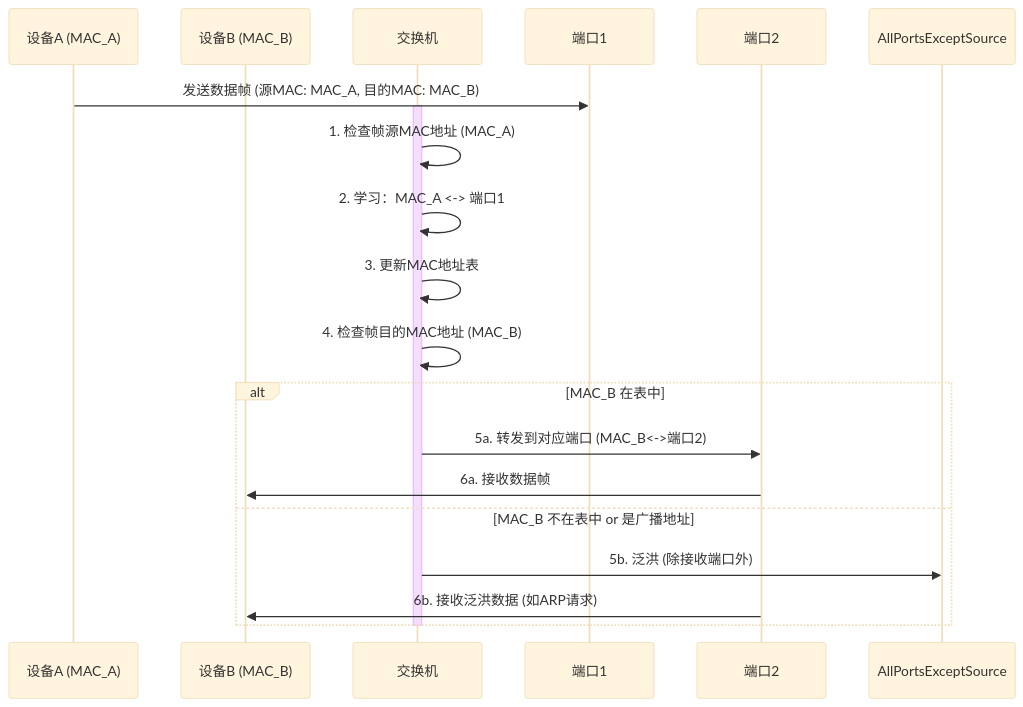
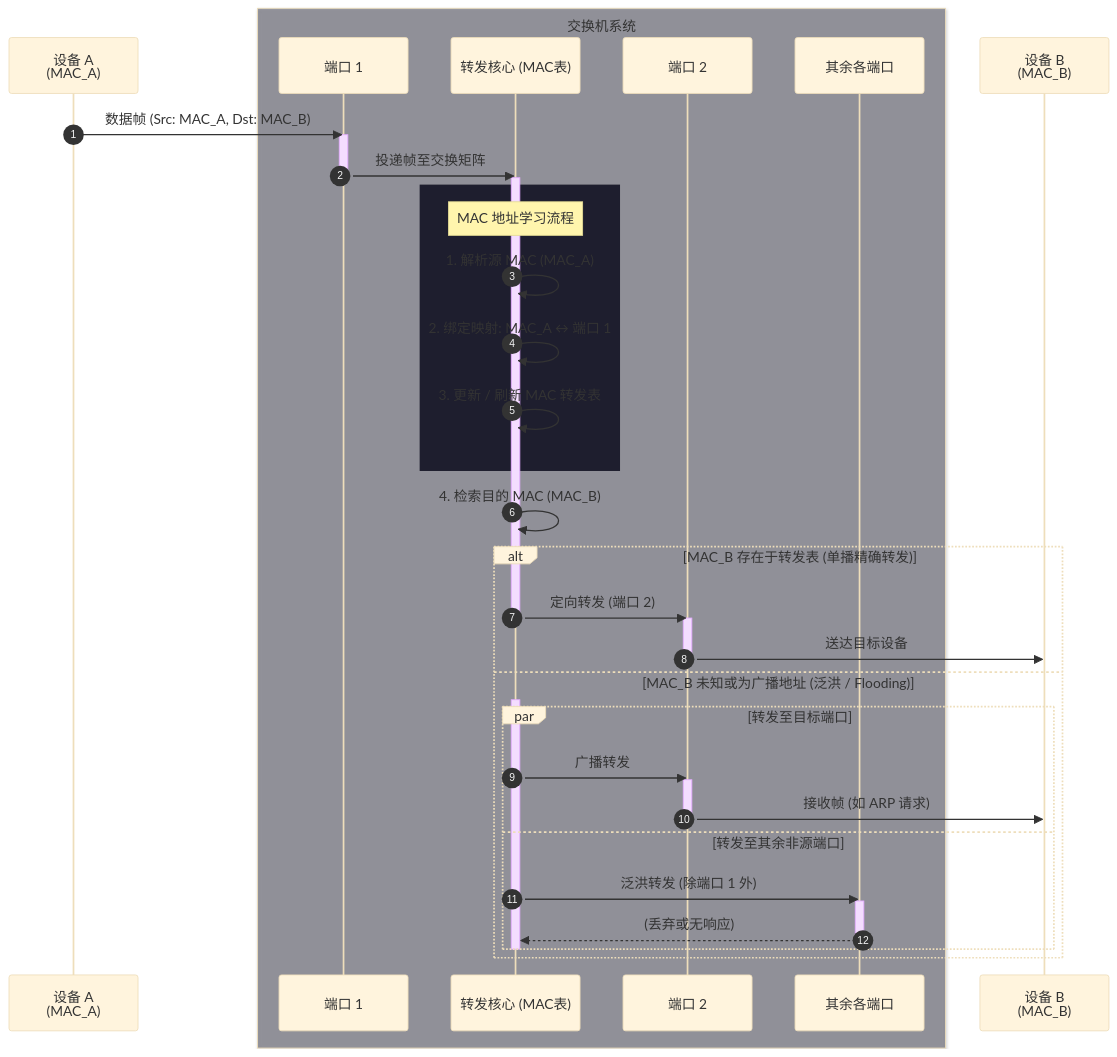
Before and after one commit to teatang/t-blog: the first of 2 diagrams in source/_posts/2024/2024-07-30_交换机 (Switch) 详解.md, drawn with Mermaid (base theme). The commit also changed other lines of this file and 5 other files, not shown here.

```diff
--- a/source/_posts/2024/2024-07-30_交换机 (Switch) 详解.md
+++ b/source/_posts/2024/2024-07-30_交换机 (Switch) 详解.md
@@ -43,23 +43,49 @@
 {% mermaid %}
 sequenceDiagram
-    participant DeviceA as 设备A (MAC_A)
-    participant DeviceB as 设备B (MAC_B)
-    participant Switch as 交换机
-    participant Port1 as 端口1
-    participant Port2 as 端口2
+    autonumber
+    participant DevA as 设备 A<br/>(MAC_A)
+    box rgba(49, 50, 68, 0.45) 交换机系统
+    participant Port1 as 端口 1
+    participant Switch as 转发核心 (MAC表)
+    participant Port2 as 端口 2
+    participant OtherPorts as 其余各端口
+    end
+    participant DevB as 设备 B<br/>(MAC_B)
 
-    DeviceA->>Port1: 发送数据帧 (源MAC: MAC_A, 目的MAC: MAC_B)
+    DevA->>Port1: 数据帧 (Src: MAC_A, Dst: MAC_B)
+    activate Port1
+    Port1->>Switch: 投递帧至交换矩阵
+    deactivate Port1
     activate Switch
-    Switch->>Switch: 1. 检查帧源MAC地址 (MAC_A)
-    Switch->>Switch: 2. 学习：MAC_A <-> 端口1
-    Switch->>Switch: 3. 更新MAC地址表
-    Switch->>Switch: 4. 检查帧目的MAC地址 (MAC_B)
-    alt MAC_B 在表中
-        Switch->>Port2: 5a. 转发到对应端口 (MAC_B<->端口2)
-        Port2->>DeviceB: 6a. 接收数据帧
-    else MAC_B 不在表中 or 是广播地址
-        Switch->>AllPortsExceptSource: 5b. 泛洪 (除接收端口外)
-        Port2->>DeviceB: 6b. 接收泛洪数据 (如ARP请求)
+
+    rect rgb(30, 30, 46)
+    Note over Switch: MAC 地址学习流程
+    Switch->>Switch: 1. 解析源 MAC (MAC_A)
+    Switch->>Switch: 2. 绑定映射: MAC_A ↔ 端口 1
+    Switch->>Switch: 3. 更新 / 刷新 MAC 转发表
     end
-    deactivate Switch
+
+    Switch->>Switch: 4. 检索目的 MAC (MAC_B)
+
+    alt MAC_B 存在于转发表 (单播精确转发)
+        Switch->>Port2: 定向转发 (端口 2)
+        deactivate Switch
+        activate Port2
+        Port2->>DevB: 送达目标设备
+        deactivate Port2
+    else MAC_B 未知或为广播地址 (泛洪 / Flooding)
+        activate Switch
+        par 转发至目标端口
+            Switch->>Port2: 广播转发
+            activate Port2
+            Port2->>DevB: 接收帧 (如 ARP 请求)
+            deactivate Port2
+        and 转发至其余非源端口
+            Switch->>OtherPorts: 泛洪转发 (除端口 1 外)
+            activate OtherPorts
+            OtherPorts-->>Switch: (丢弃或无响应)
+            deactivate OtherPorts
+        end
+        deactivate Switch
+    end
 {% endmermaid %}
```
